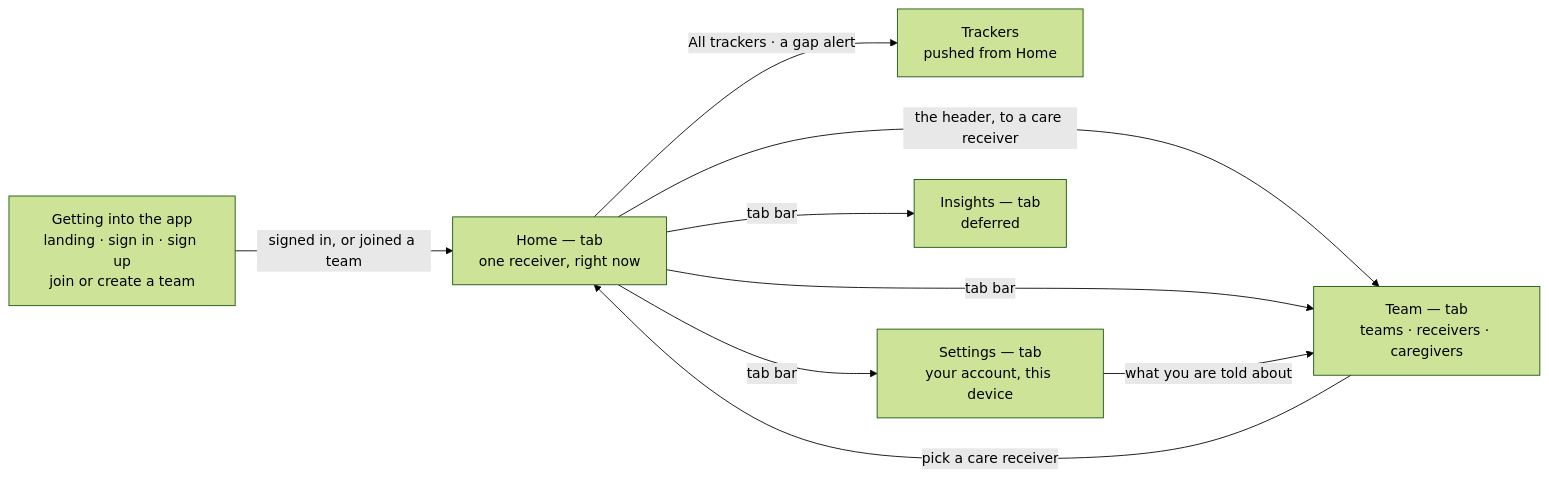
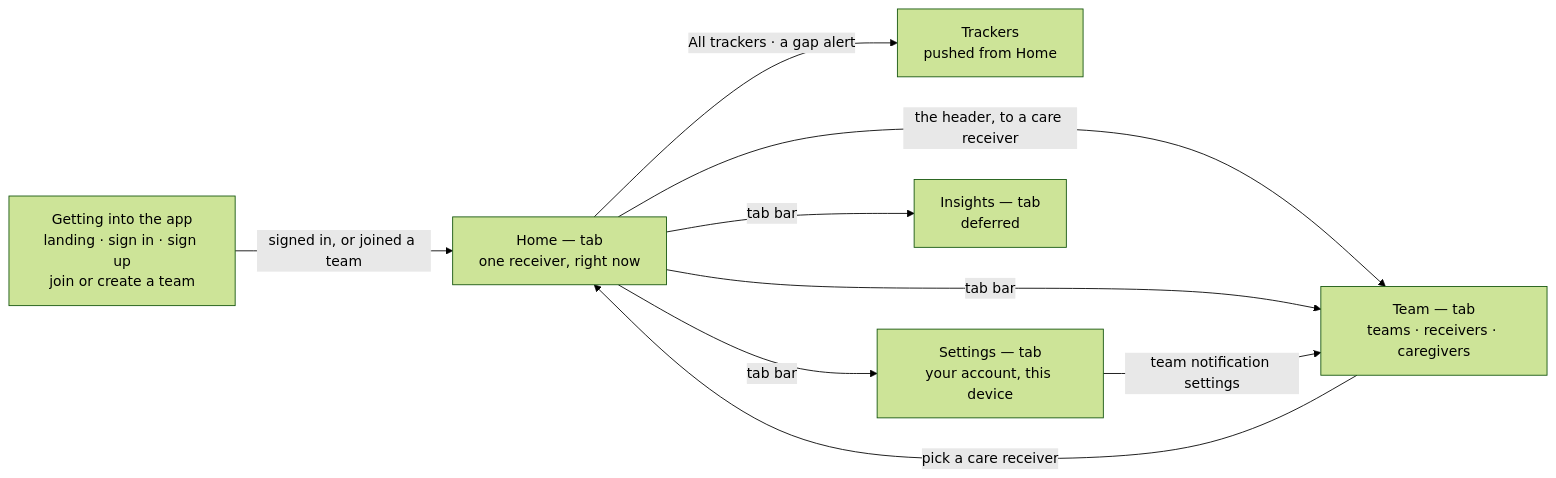
Before and after one commit to care-giver-app/caregiver-v2: the diagram in docs/PRD.md, drawn with Mermaid (forest theme). The commit also changed other lines of this file and 2 other files, not shown here.

First line of the commit message:
docs(prd): settle home, team and settings and approve all three

````diff
--- a/docs/PRD.md
+++ b/docs/PRD.md
@@ -401,18 +401,18 @@
 ```mermaid
 flowchart LR
     GettingIn["Getting into the app<br/>landing · sign in · sign up<br/>join or create a team"]
     Home["Home — tab<br/>one receiver, right now"]
     Trackers["Trackers<br/>pushed from Home"]
     Team["Team — tab<br/>teams · receivers · caregivers"]
     Settings["Settings — tab<br/>your account, this device"]
     Insights["Insights — tab<br/>deferred"]
 
     GettingIn -- "signed in, or joined a team" --> Home
     Home -- "All trackers · a gap alert" --> Trackers
     Home -- "the header, to a care receiver" --> Team
     Home -- "tab bar" --> Team
     Home -- "tab bar" --> Settings
     Home -- "tab bar" --> Insights
     Team -- "pick a care receiver" --> Home
-    Settings -- "what you are told about" --> Team
+    Settings -- "team notification settings" --> Team
 ```
````
